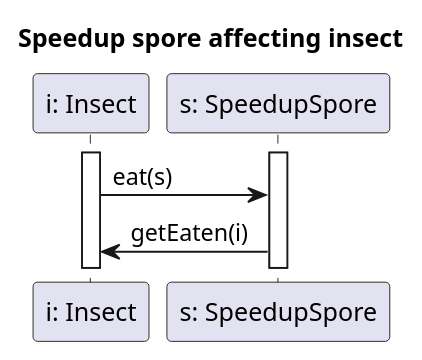
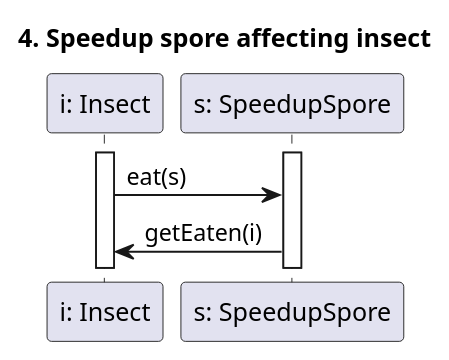
One commit to Harcipan/Projlab_nullpointerexception changed the diagram in diagrams/diagramFiles/SQ_SporeAffectsInsectWithSpeedup.puml. Above: the diagram before and after it, drawn with PlantUML. The commit also changed 19 other files, not shown here.

Commit message:
numbered sq diagrams

```diff
--- a/diagrams/diagramFiles/SQ_SporeAffectsInsectWithSpeedup.puml
+++ b/diagrams/diagramFiles/SQ_SporeAffectsInsectWithSpeedup.puml
@@ -1,14 +1,14 @@
 @startuml InsectSpeedUp
 
-title Speedup spore affecting insect
+title 4. Speedup spore affecting insect
 
 participant "i: Insect" as I
 participant "s: SpeedupSpore" as Sp
 
 activate I
 activate Sp
 
 I -> Sp : eat(s)
 Sp -> I : getEaten(i)
 
 @enduml
```
